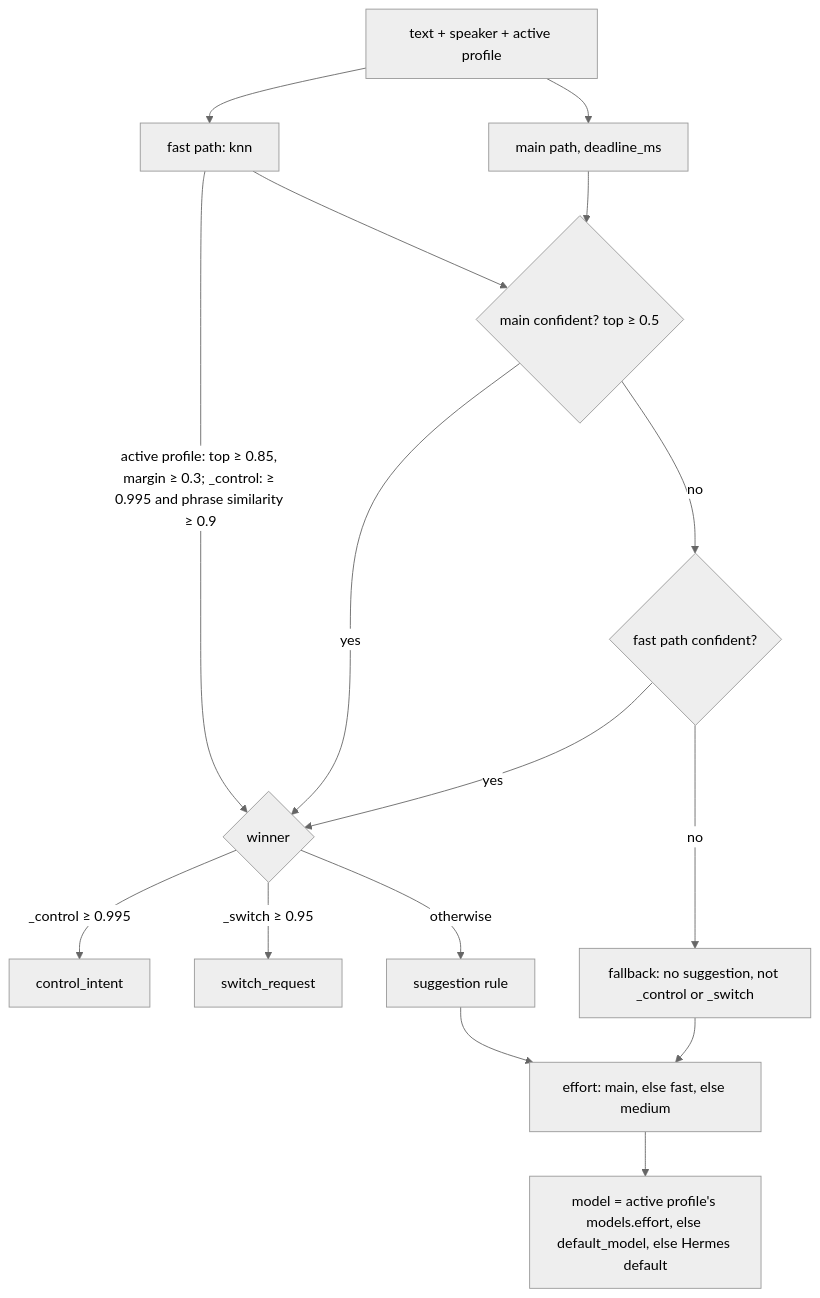
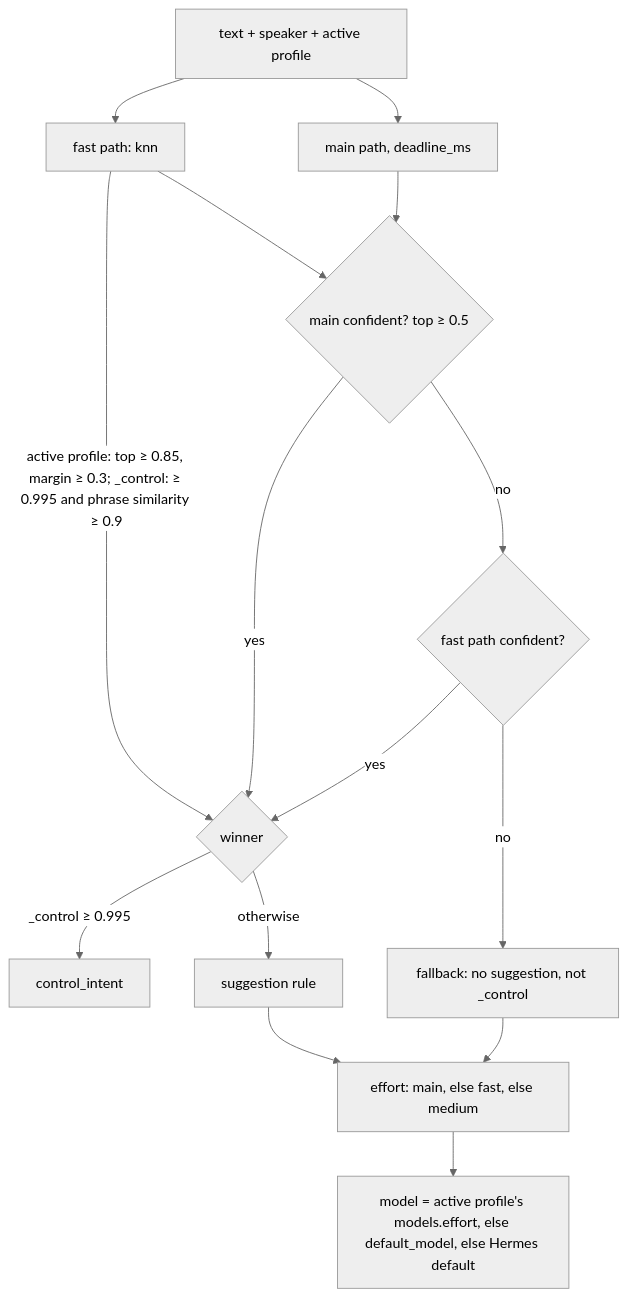
The fourth of 4 diagrams in docs/system/architecture.md (robsgreen/hermes-duplex), drawn with Mermaid (neutral theme) before and after one commit. The commit also changed other lines of this file and 25 other files, not shown here.

````diff
--- a/docs/system/architecture.md
+++ b/docs/system/architecture.md
@@ -279,18 +273,17 @@
 ```mermaid
 flowchart TD
   T[text + speaker + active profile] --> K[fast path: knn]
   T --> D[main path, deadline_ms]
   K -->|active profile: top ≥ 0.85, margin ≥ 0.3; _control: ≥ 0.995 and phrase similarity ≥ 0.9| W
   D --> C{main confident? top ≥ 0.5}
   K --> C
   C -- yes --> W{winner}
   C -- no --> F{fast path confident?}
   F -- yes --> W
-  F -- no --> N[fallback: no suggestion, not _control or _switch]
+  F -- no --> N[fallback: no suggestion, not _control]
   W -- _control ≥ 0.995 --> X[control_intent]
-  W -- _switch ≥ 0.95 --> Y[switch_request]
   W -- otherwise --> S[suggestion rule]
   N --> E[effort: main, else fast, else medium]
   S --> E
   E --> M[model = active profile's models.effort, else default_model, else Hermes default]
 ```
````
